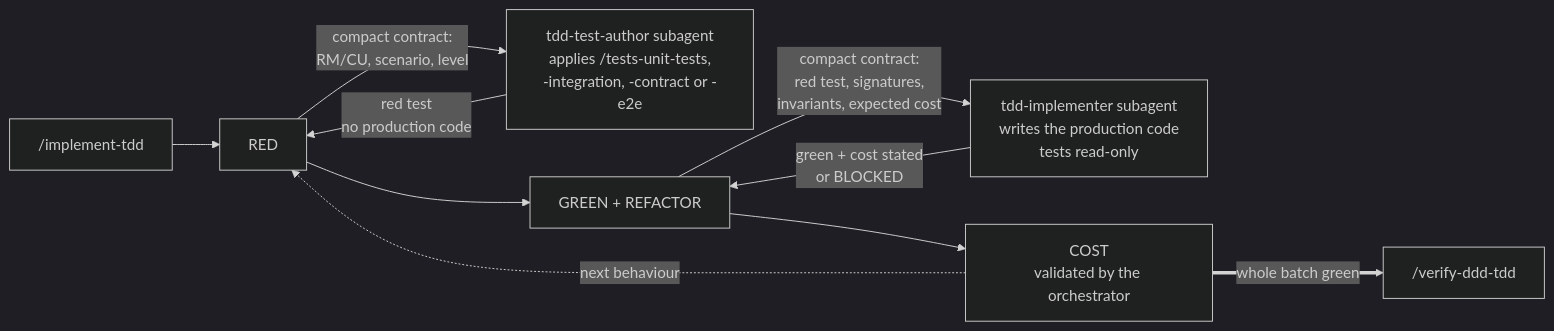
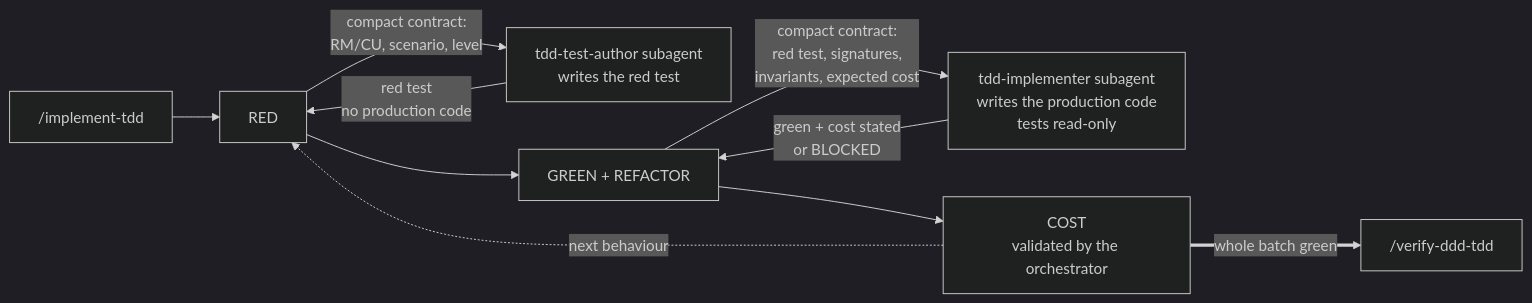
One commit to pierrebelin/claude-code-toolkit changed the second of 2 diagrams in README.md. Above: the diagram before and after it, drawn with Mermaid (dark theme). The commit also changed other lines of this file and 8 other files, not shown here.

````diff
--- a/README.md
+++ b/README.md
@@ -29,12 +36,12 @@
 ```mermaid
 flowchart LR
     I["/implement-tdd"] --> R
-    R["RED"] -->|"compact contract:<br/>RM/CU, scenario, level"| A["tdd-test-author subagent<br/>applies /tests-unit-tests,<br/>-integration, -contract or -e2e"]
+    R["RED"] -->|"compact contract:<br/>RM/CU, scenario, level"| A["tdd-test-author subagent<br/>writes the red test"]
     A -->|"red test<br/>no production code"| R
     R --> G["GREEN + REFACTOR"]
     G -->|"compact contract:<br/>red test, signatures,<br/>invariants, expected cost"| B["tdd-implementer subagent<br/>writes the production code<br/>tests read-only"]
     B -->|"green + cost stated<br/>or BLOCKED"| G
     G --> C["COST<br/>validated by the orchestrator"]
     C -.->|"next behaviour"| R
     C ==>|"whole batch green"| V["/verify-ddd-tdd"]
 ```
````
